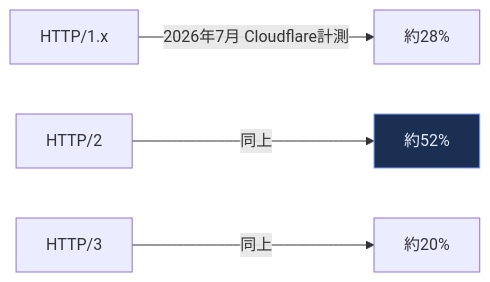
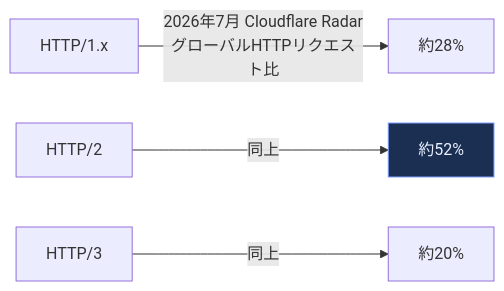
Diagram 28 of 33 in High-performance-browser-networking.md (myoshi2891/Cloud-Infrastructure-Studies), drawn with Mermaid before and after one commit. The commit also changed other lines of this file, not shown here.

````diff
--- a/High-performance-browser-networking.md
+++ b/High-performance-browser-networking.md
@@ -1003,9 +1003,9 @@
 ```mermaid
 flowchart LR
-    A[HTTP/1.x] -->|2026年7月 Cloudflare計測| B["約28%"]
+    A[HTTP/1.x] -->|2026年7月 Cloudflare Radar<br/>グローバルHTTPリクエスト比| B["約28%"]
     C[HTTP/2] -->|同上| D["約52%"]
     E[HTTP/3] -->|同上| F["約20%"]
 
     classDef highlightFill fill:#1a2f52,stroke:#7c9eff,color:#eaf0ff
     class D highlightFill
 ```
````
